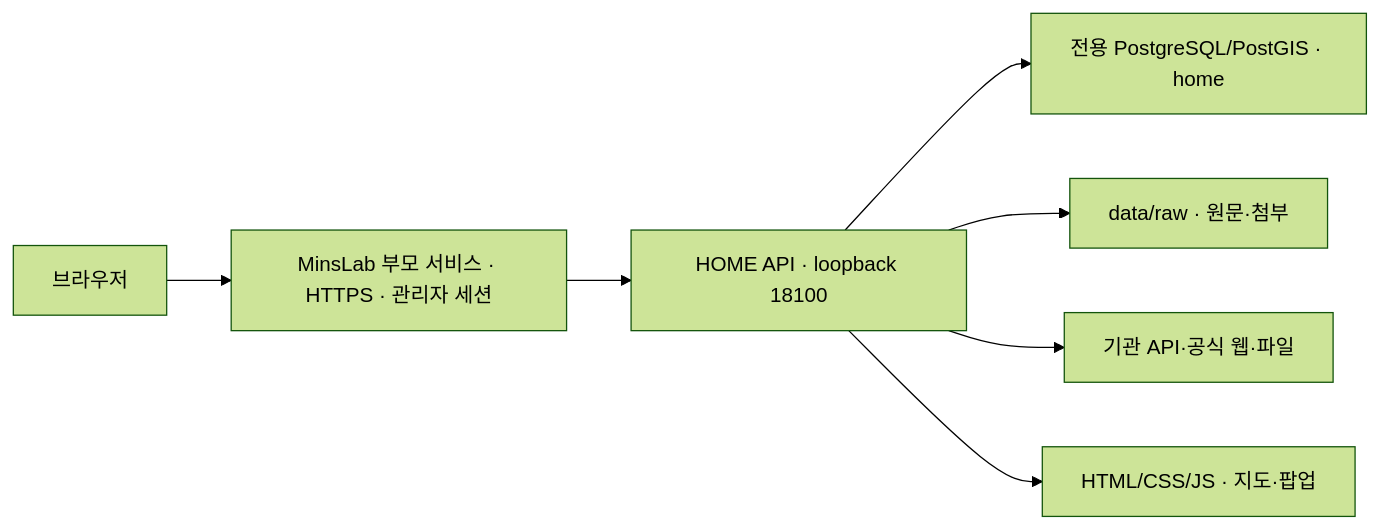
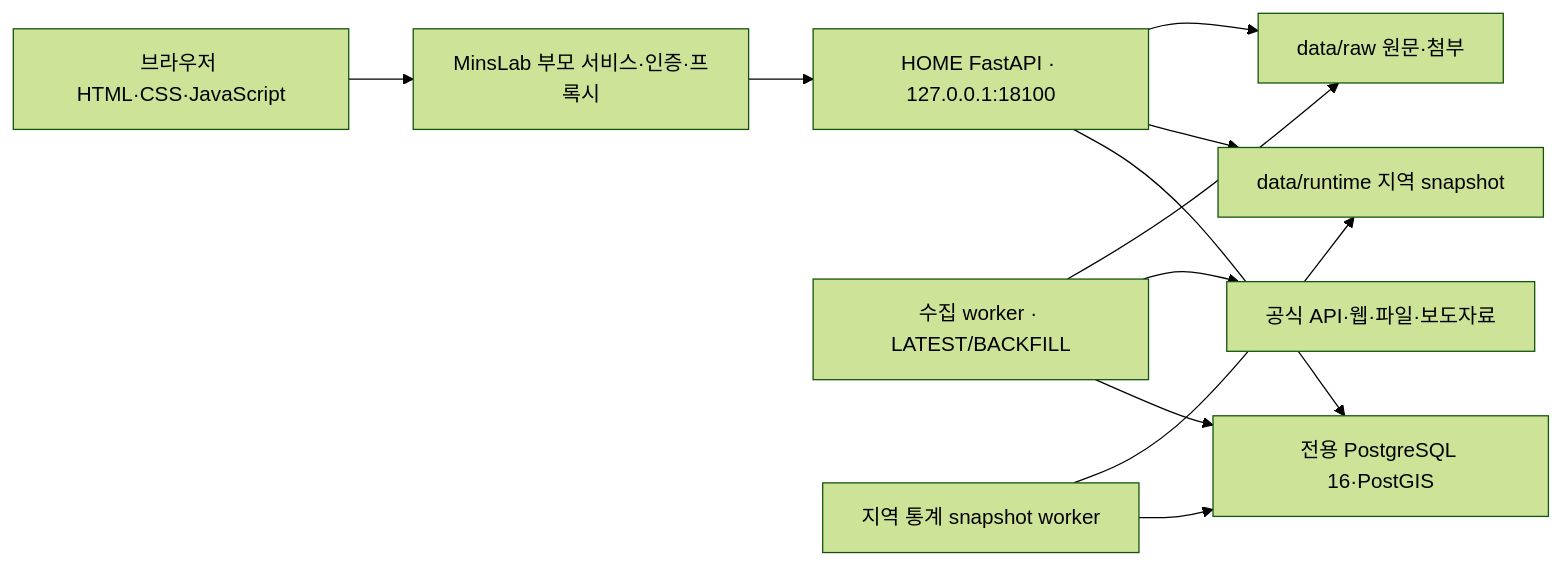
Before and after one commit to acesharp81/minslab: the third of 3 diagrams in PoC/10-home/README.md, drawn with Mermaid (forest theme). The commit also changed other lines of this file and 174 other files, not shown here.

````diff
--- a/PoC/10-home/README.md
+++ b/PoC/10-home/README.md
@@ -1007,9 +340,13 @@
 ```mermaid
 flowchart LR
-    U[브라우저] --> P[MinsLab 부모 서비스 · HTTPS · 관리자 세션]
-    P --> H[HOME API · loopback 18100]
-    H --> D[전용 PostgreSQL/PostGIS · home]
-    H --> F[data/raw · 원문·첨부]
-    H --> X[기관 API·공식 웹·파일]
-    H --> W[HTML/CSS/JS · 지도·팝업]
+    U[브라우저 HTML·CSS·JavaScript] --> P[MinsLab 부모 서비스·인증·프록시]
+    P --> A[HOME FastAPI · 127.0.0.1:18100]
+    A --> D[전용 PostgreSQL 16·PostGIS]
+    W[수집 worker · LATEST/BACKFILL] --> D
+    W --> X[공식 API·웹·파일·보도자료]
+    W --> R[data/raw 원문·첨부]
+    AW[지역 통계 snapshot worker] --> D
+    AW --> C[data/runtime 지역 snapshot]
+    A --> C
+    A --> R
 ```
````
